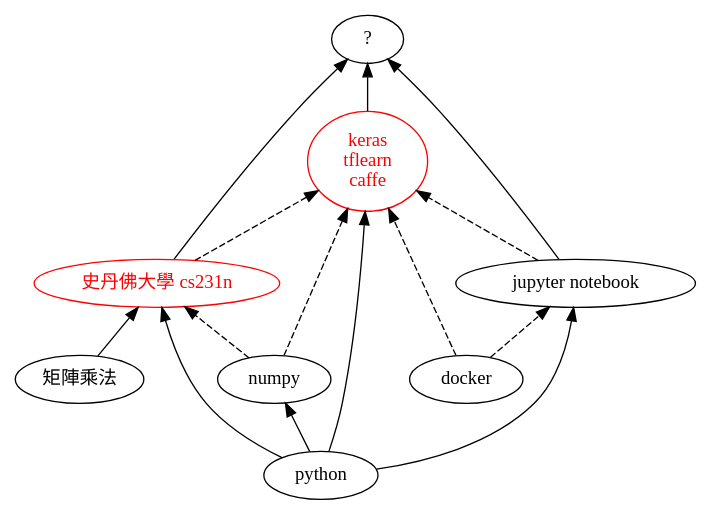
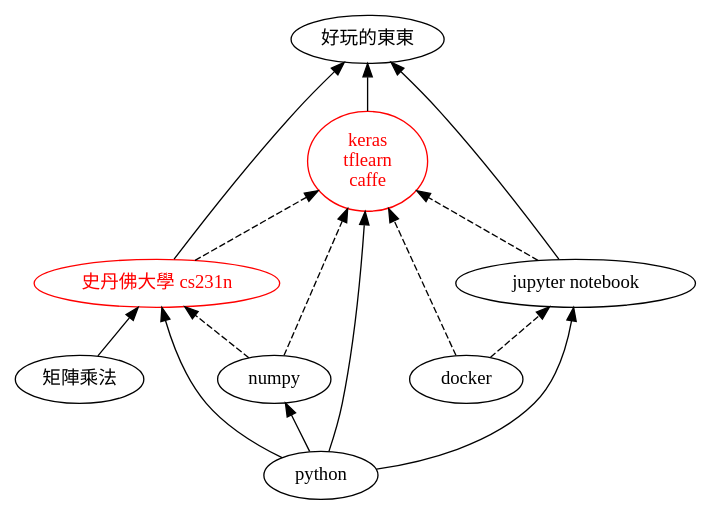
Before and after one commit to ckhung/ckhung.github.io: the diagram in a/m/17/machine-learning.dot, drawn with Graphviz. The commit also changed 10 other files, not shown here.

```diff
--- a/a/m/17/machine-learning.dot
+++ b/a/m/17/machine-learning.dot
@@ -1,22 +1,22 @@
 digraph "不求甚解工程師的 「機器學習」 學習捷徑地圖" {
 
     rankdir = BT;
     overlap = scale;
 
     python [ label="python"; ];
     docker [ label="docker"; ];
     jupyter [ label="jupyter notebook"; ];
     mat_mul [ label="矩陣乘法"; ];
     cs231n [ label="史丹佛大學 cs231n"; color="red"; fontcolor="red"; ];
     hilevel [ label="keras\ntflearn\ncaffe"; color="red"; fontcolor="red"; ];
     numpy [ label="numpy"; ];
-    advanced [ label="?"; ];
+    advanced [ label="好玩的東東"; ];
 
     python -> { numpy jupyter hilevel };
     numpy -> { cs231n hilevel } [ style="dashed" ];
     { mat_mul python } -> cs231n;
     { jupyter cs231n hilevel } -> advanced;
 
     docker -> { hilevel jupyter} [ style="dashed" ];
     { cs231n jupyter } -> hilevel [ style="dashed" ];
 }
```
